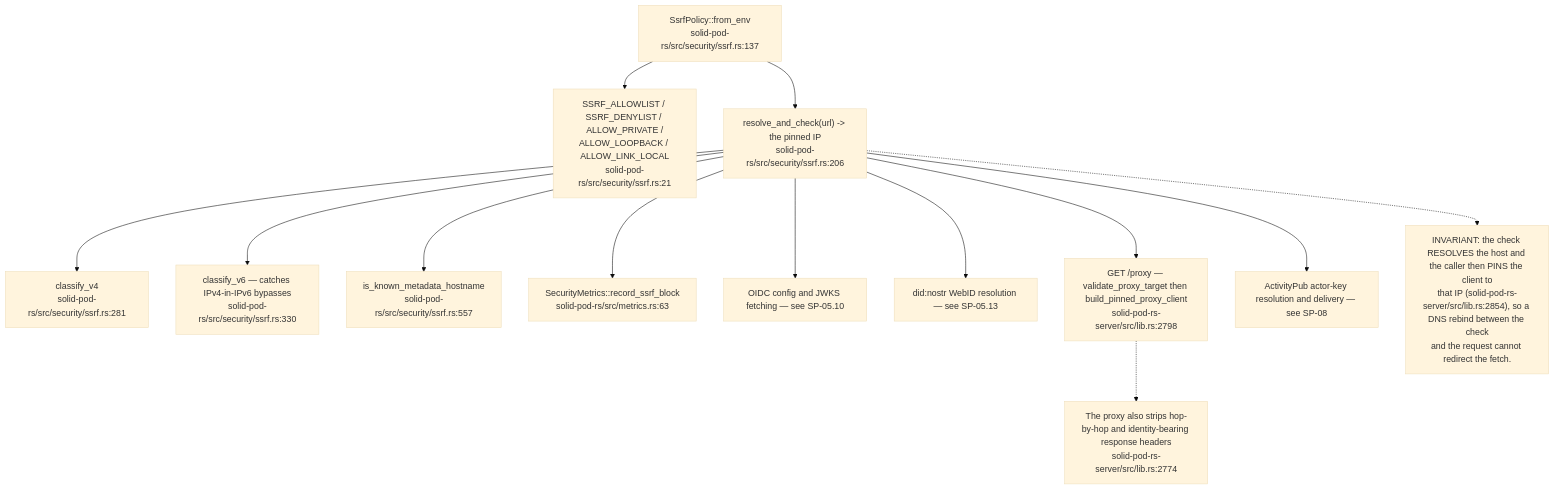
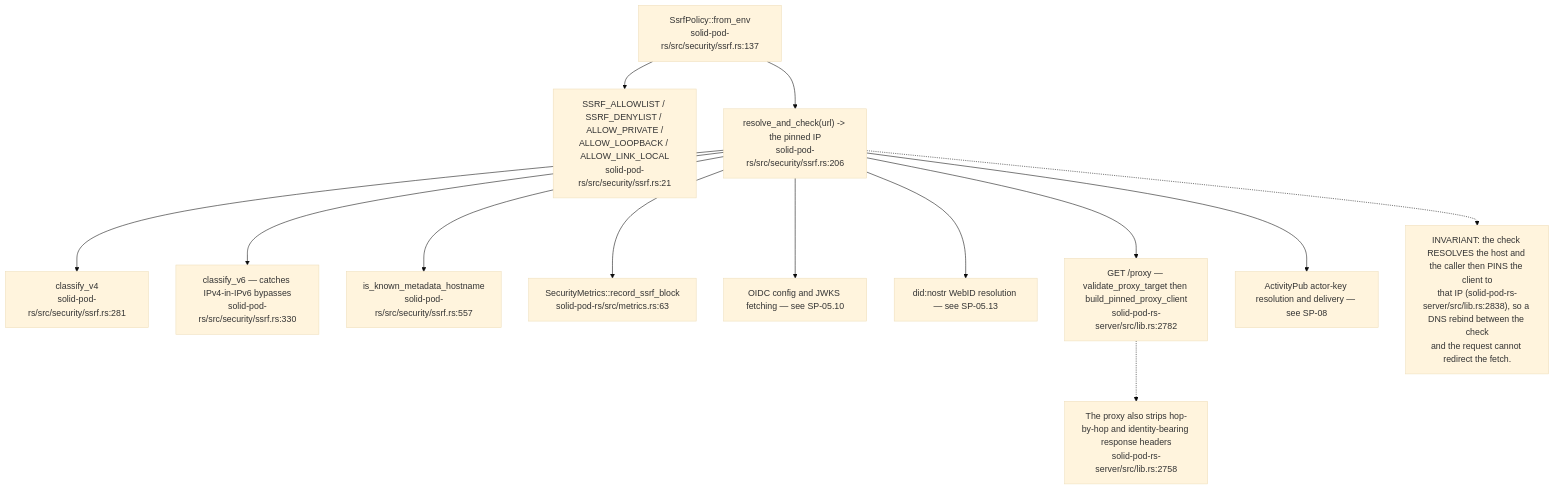
The eighth of 11 diagrams in docs/diagrams/solid-pod-rs/06-storage-quota-and-git-pods.md (DreamLab-AI/VisionFlow), drawn with Mermaid (base theme) before and after one commit. The commit also changed other lines of this file and 31 other files, not shown here.

````diff
--- a/docs/diagrams/solid-pod-rs/06-storage-quota-and-git-pods.md
+++ b/docs/diagrams/solid-pod-rs/06-storage-quota-and-git-pods.md
@@ -205,29 +205,29 @@
 ```mermaid
 flowchart TD
     P["SsrfPolicy::from_env<br/>solid-pod-rs/src/security/ssrf.rs:137"]
     ENV["SSRF_ALLOWLIST / SSRF_DENYLIST / ALLOW_PRIVATE /<br/>ALLOW_LOOPBACK / ALLOW_LINK_LOCAL<br/>solid-pod-rs/src/security/ssrf.rs:21"]
     RC["resolve_and_check(url) -> the pinned IP<br/>solid-pod-rs/src/security/ssrf.rs:206"]
     C4["classify_v4<br/>solid-pod-rs/src/security/ssrf.rs:281"]
     C6["classify_v6 — catches IPv4-in-IPv6 bypasses<br/>solid-pod-rs/src/security/ssrf.rs:330"]
     META["is_known_metadata_hostname<br/>solid-pod-rs/src/security/ssrf.rs:557"]
     M["SecurityMetrics::record_ssrf_block<br/>solid-pod-rs/src/metrics.rs:63"]
     USE1["OIDC config and JWKS fetching — see SP-05.10"]
     USE2["did:nostr WebID resolution — see SP-05.13"]
-    USE3["GET /proxy — validate_proxy_target then build_pinned_proxy_client<br/>solid-pod-rs-server/src/lib.rs:2798"]
+    USE3["GET /proxy — validate_proxy_target then build_pinned_proxy_client<br/>solid-pod-rs-server/src/lib.rs:2782"]
     USE4["ActivityPub actor-key resolution and delivery — see SP-08"]
 
     P --> ENV
     P --> RC --> C4
     RC --> C6
     RC --> META
     RC --> M
     RC --> USE1
     RC --> USE2
     RC --> USE3
     RC --> USE4
 
-    N["INVARIANT: the check RESOLVES the host and the caller then PINS the client to<br/>that IP (solid-pod-rs-server/src/lib.rs:2854), so a DNS rebind between the check<br/>and the request cannot redirect the fetch."]
+    N["INVARIANT: the check RESOLVES the host and the caller then PINS the client to<br/>that IP (solid-pod-rs-server/src/lib.rs:2838), so a DNS rebind between the check<br/>and the request cannot redirect the fetch."]
     RC -.-> N
-    N2["The proxy also strips hop-by-hop and identity-bearing response headers<br/>solid-pod-rs-server/src/lib.rs:2774"]
+    N2["The proxy also strips hop-by-hop and identity-bearing response headers<br/>solid-pod-rs-server/src/lib.rs:2758"]
     USE3 -.-> N2
 ```
````
